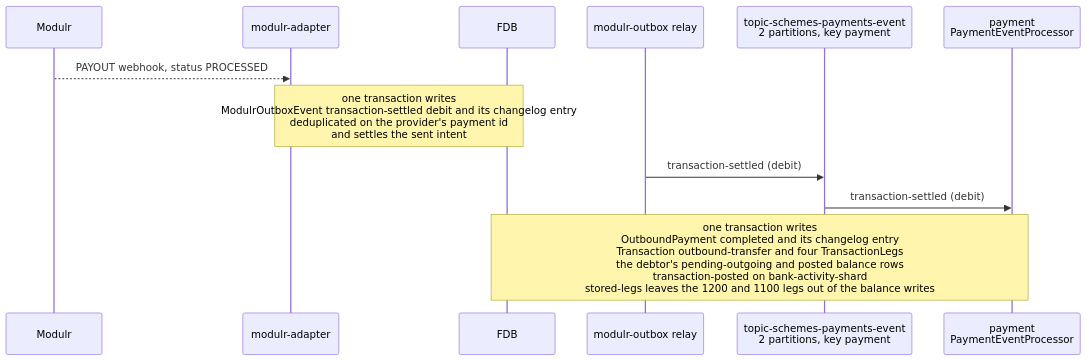
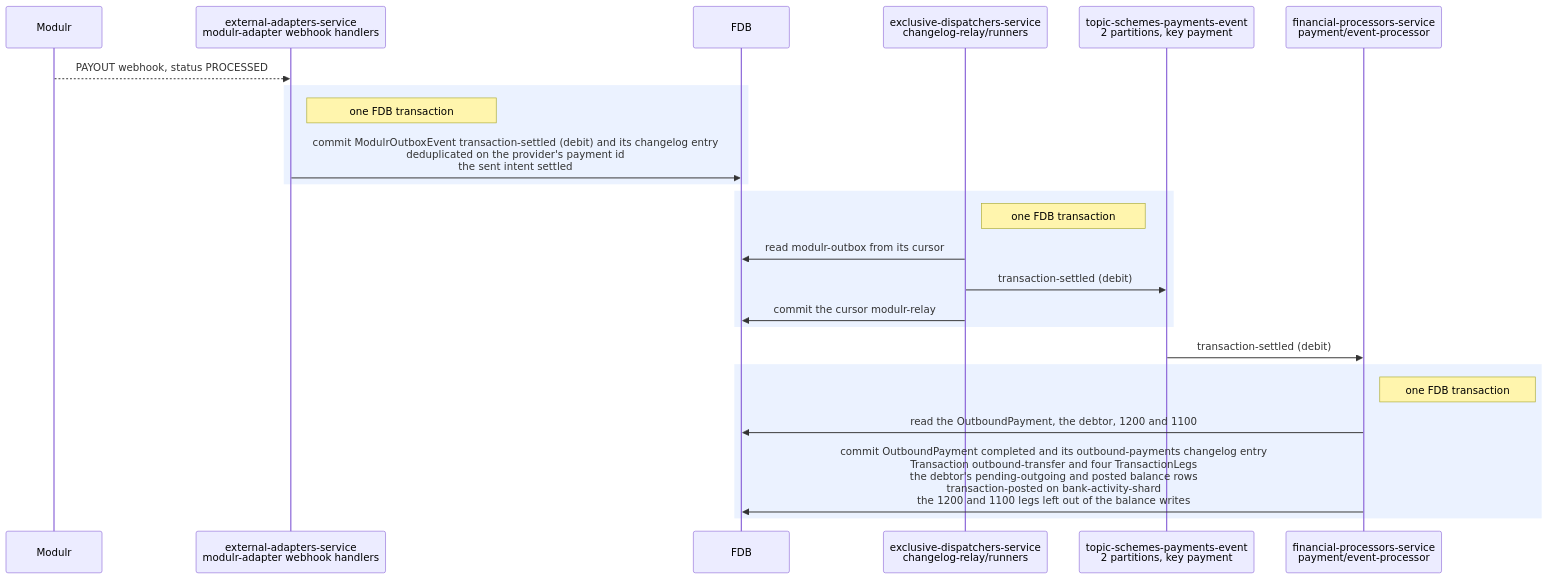
One commit to repldriven/queenswood changed the fourth of 7 diagrams in docs/tdd/payments-outbound.md. Above: the diagram before and after it, drawn with Mermaid. The commit also changed other lines of this file, not shown here.

First line of the commit message:
Draw each FDB transaction as a commit to it, and name every participant as it is in the code

````diff
--- a/docs/tdd/payments-outbound.md
+++ b/docs/tdd/payments-outbound.md
@@ -138,14 +163,26 @@
 ```mermaid
 sequenceDiagram
     participant PR as Modulr
-    participant AD as modulr-adapter
+    participant WH as external-adapters-service<br/>modulr-adapter webhook handlers
     participant DB as FDB
-    participant OR as modulr-outbox relay
+    participant OR as exclusive-dispatchers-service<br/>changelog-relay/runners
     participant SE as topic-schemes-payments-event<br/>2 partitions, key payment
-    participant PE as payment<br/>PaymentEventProcessor
-    PR-->>AD: PAYOUT webhook, status PROCESSED
-    Note over AD,DB: one transaction writes<br/>ModulrOutboxEvent transaction-settled debit and its changelog entry<br/>deduplicated on the provider's payment id<br/>and settles the sent intent
+    participant PE as financial-processors-service<br/>payment/event-processor
+    PR-->>WH: PAYOUT webhook, status PROCESSED
+    rect rgb(235, 242, 255)
+    Note right of WH: one FDB transaction
+    WH->>DB: commit ModulrOutboxEvent transaction-settled (debit) and its changelog entry<br/>deduplicated on the provider's payment id<br/>the sent intent settled
+    end
+    rect rgb(235, 242, 255)
+    Note right of OR: one FDB transaction
+    OR->>DB: read modulr-outbox from its cursor
     OR->>SE: transaction-settled (debit)
+    OR->>DB: commit the cursor modulr-relay
+    end
     SE->>PE: transaction-settled (debit)
-    Note over PE,DB: one transaction writes<br/>OutboundPayment completed and its changelog entry<br/>Transaction outbound-transfer and four TransactionLegs<br/>the debtor's pending-outgoing and posted balance rows<br/>transaction-posted on bank-activity-shard<br/>stored-legs leaves the 1200 and 1100 legs out of the balance writes
+    rect rgb(235, 242, 255)
+    Note right of PE: one FDB transaction
+    PE->>DB: read the OutboundPayment, the debtor, 1200 and 1100
+    PE->>DB: commit OutboundPayment completed and its outbound-payments changelog entry<br/>Transaction outbound-transfer and four TransactionLegs<br/>the debtor's pending-outgoing and posted balance rows<br/>transaction-posted on bank-activity-shard<br/>the 1200 and 1100 legs left out of the balance writes
+    end
 ```
````
